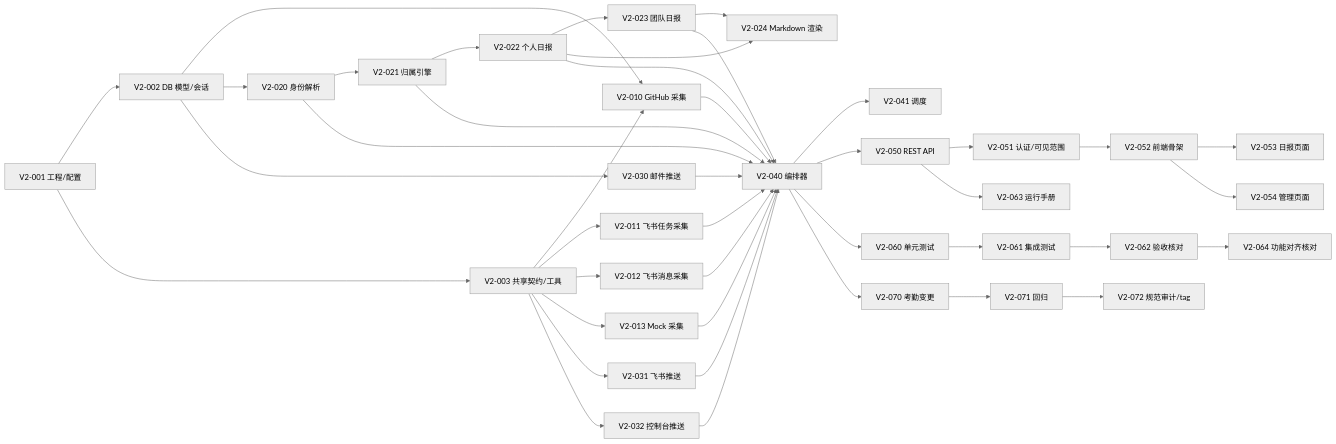
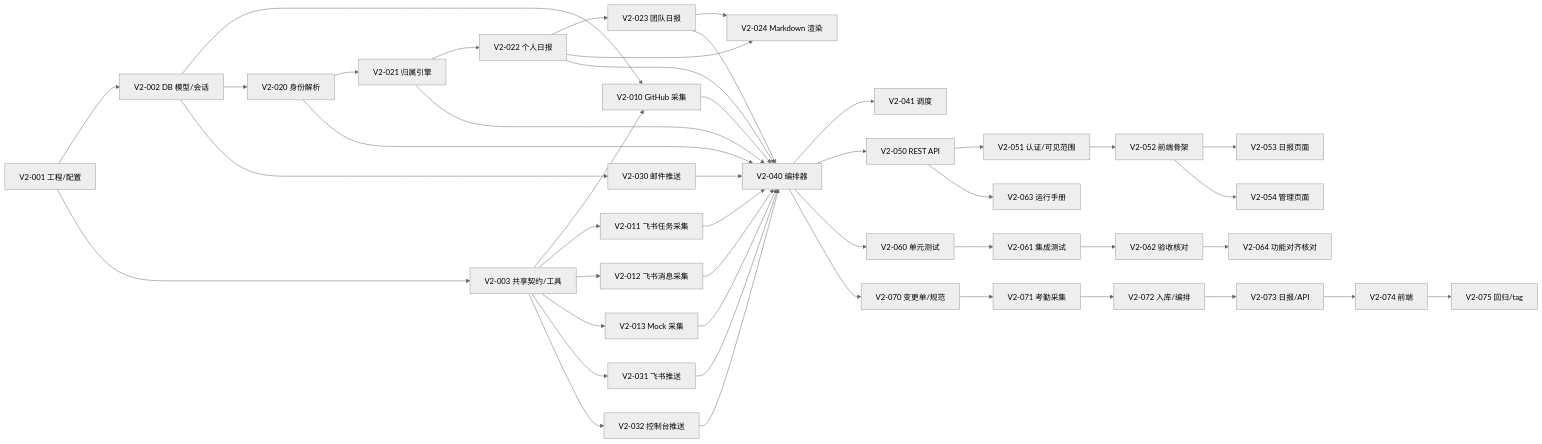
Before and after one commit to lixiyi111/WorkDailyReport: the diagram in v2-superpowers/docs/04-v2-tasks.md, drawn with Mermaid (neutral theme). The commit also changed other lines of this file and 12 other files, not shown here.

````diff
--- a/v2-superpowers/docs/04-v2-tasks.md
+++ b/v2-superpowers/docs/04-v2-tasks.md
@@ -11,44 +11,47 @@
 ```mermaid
 flowchart LR
   V001[V2-001 工程/配置] --> V002[V2-002 DB 模型/会话]
   V001 --> V003[V2-003 共享契约/工具]
   V002 --> V010[V2-010 GitHub 采集]
   V003 --> V010
   V003 --> V011[V2-011 飞书任务采集]
   V003 --> V012[V2-012 飞书消息采集]
   V003 --> V013[V2-013 Mock 采集]
   V002 --> V020[V2-020 身份解析]
   V020 --> V021[V2-021 归属引擎]
   V021 --> V022[V2-022 个人日报]
   V022 --> V023[V2-023 团队日报]
   V022 --> V024[V2-024 Markdown 渲染]
   V023 --> V024
   V002 --> V030[V2-030 邮件推送]
   V003 --> V031[V2-031 飞书推送]
   V003 --> V032[V2-032 控制台推送]
   V010 --> V040[V2-040 编排器]
   V011 --> V040
   V012 --> V040
   V013 --> V040
   V020 --> V040
   V021 --> V040
   V022 --> V040
   V023 --> V040
   V030 --> V040
   V031 --> V040
   V032 --> V040
   V040 --> V041[V2-041 调度]
   V040 --> V050[V2-050 REST API]
   V050 --> V051[V2-051 认证/可见范围]
   V051 --> V052[V2-052 前端骨架]
   V052 --> V053[V2-053 日报页面]
   V052 --> V054[V2-054 管理页面]
   V040 --> V060[V2-060 单元测试]
   V060 --> V061[V2-061 集成测试]
   V061 --> V062[V2-062 验收核对]
   V050 --> V063[V2-063 运行手册]
   V062 --> V064[V2-064 功能对齐核对]
-  V040 --> V070[V2-070 考勤变更]
-  V070 --> V071[V2-071 回归]
-  V071 --> V072[V2-072 规范审计/tag]
+  V040 --> V070[V2-070 变更单/规范]
+  V070 --> V071[V2-071 考勤采集]
+  V071 --> V072[V2-072 入库/编排]
+  V072 --> V073[V2-073 日报/API]
+  V073 --> V074[V2-074 前端]
+  V074 --> V075[V2-075 回归/tag]
 ```
````
